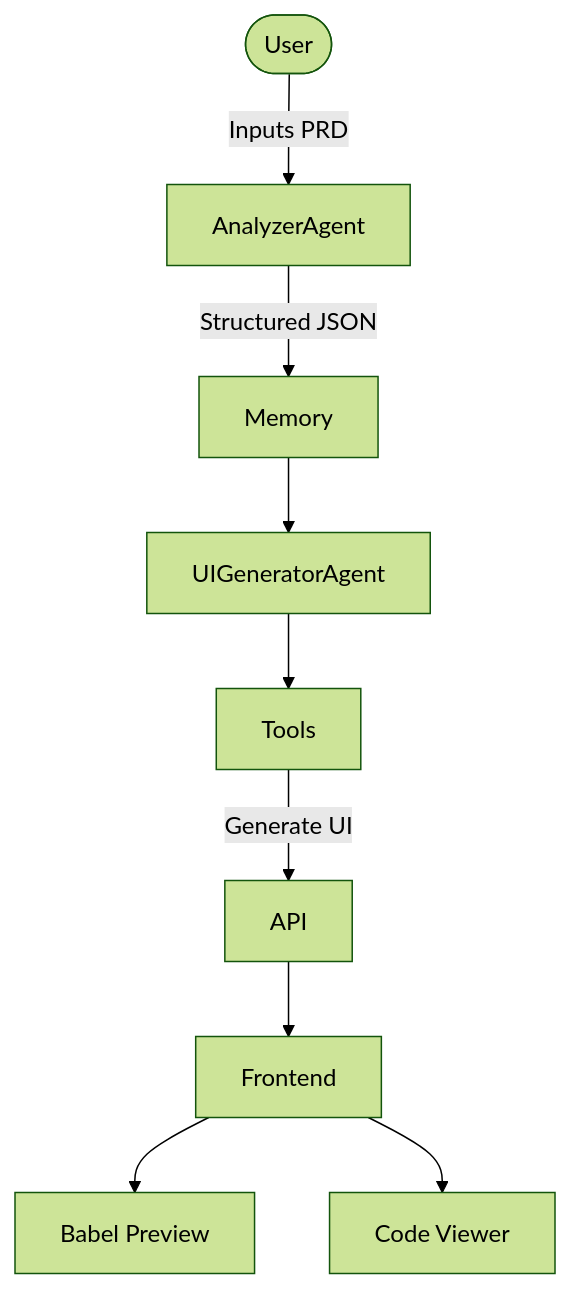
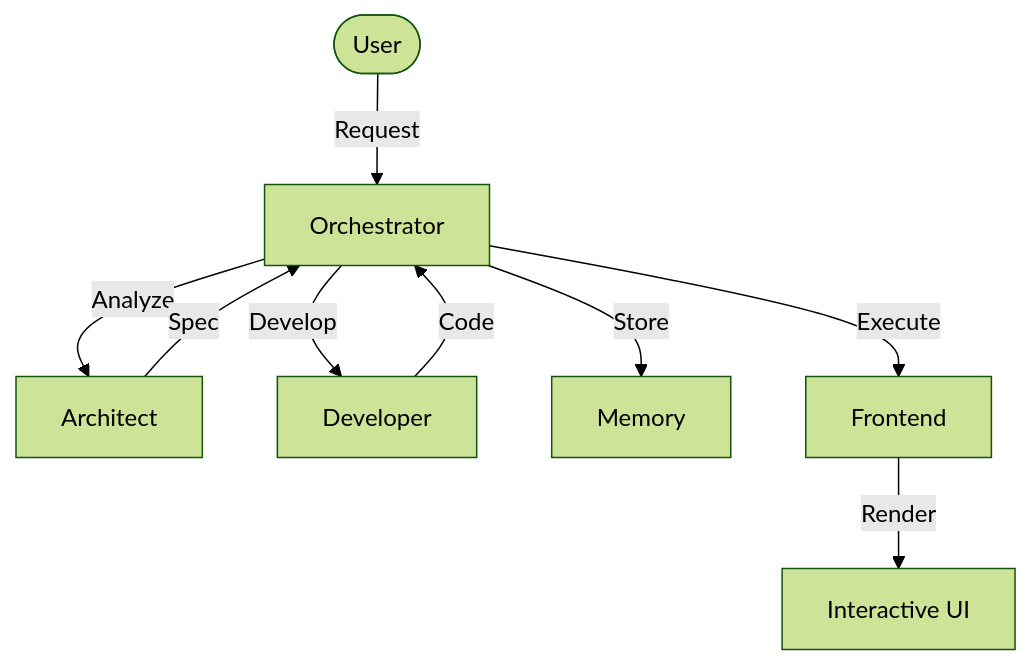
One commit to Shobhin9747/Thinkpalm-agentai-shobhin-Capstone-Sandbox-Full-Agent-Pipeline changed the second of 2 diagrams in README.md. Above: the diagram before and after it, drawn with Mermaid (forest theme). The commit also changed other lines of this file, not shown here.

````diff
--- a/README.md
+++ b/README.md
@@ -103,14 +103,11 @@
 ```mermaid
 graph TD
-    User([User]) -->|Inputs PRD| AnalyzerAgent
-    AnalyzerAgent -->|Structured JSON| Memory
-    Memory --> UIGeneratorAgent
-
-    UIGeneratorAgent --> Tools
-
-    Tools -->|Generate UI| API
-    API --> Frontend
-
-    Frontend --> Preview[Babel Preview]
-    Frontend --> Export[Code Viewer]
+    User([User]) -->|Request| Orchestrator
+    Orchestrator -->|Analyze| Architect
+    Architect -->|Spec| Orchestrator
+    Orchestrator -->|Develop| Developer
+    Developer -->|Code| Orchestrator
+    Orchestrator -->|Store| Memory
+    Orchestrator -->|Execute| Frontend
+    Frontend -->|Render| Preview[Interactive UI]
 ```
````
